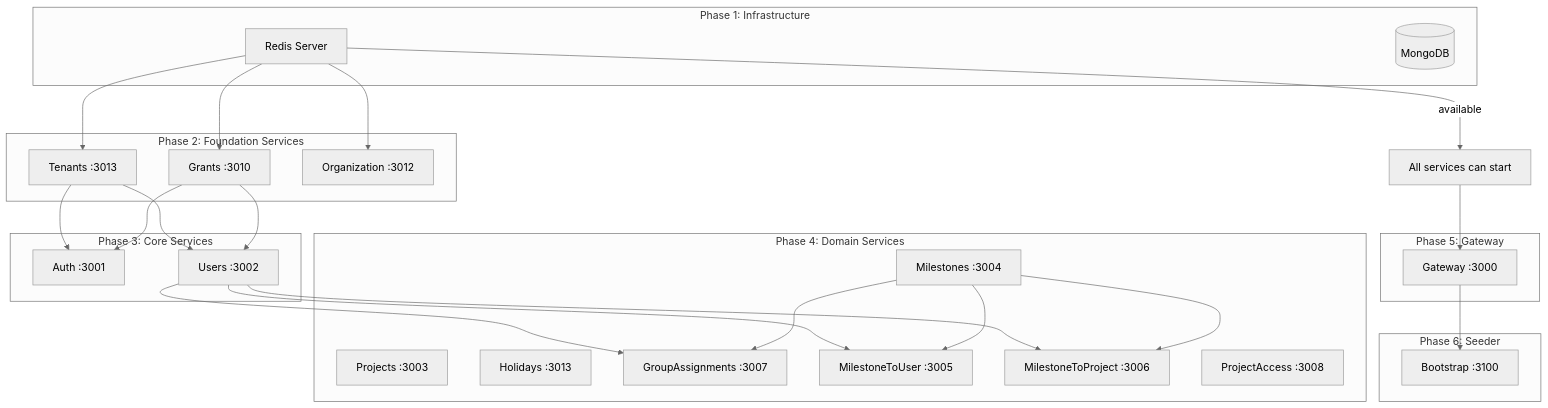
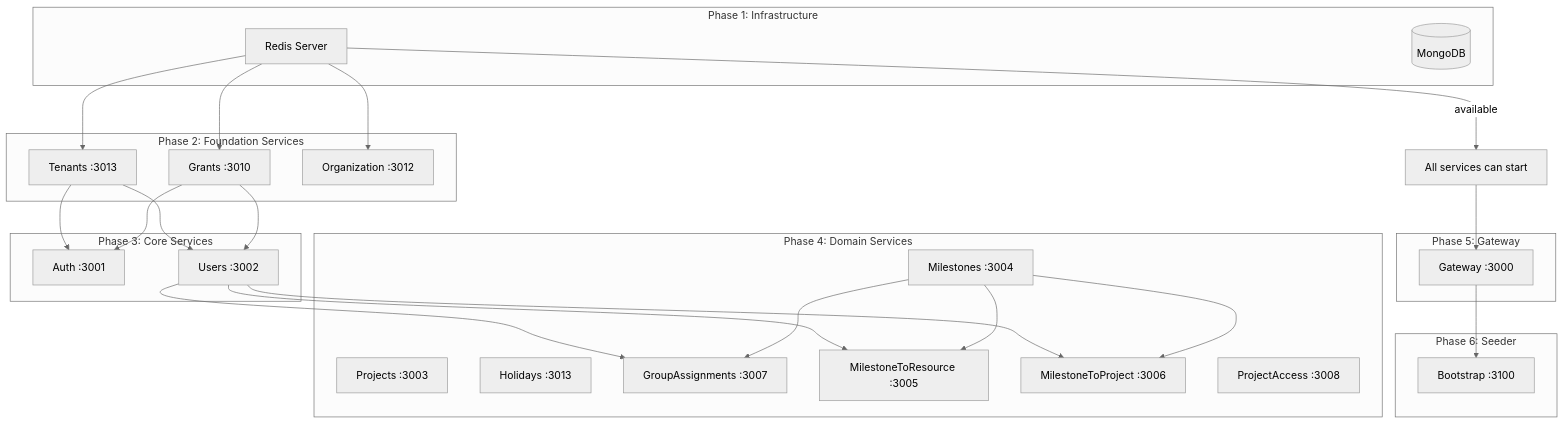
One commit to CucuProject/cucu-docs changed the second of 3 diagrams in docs/architecture/startup.md. Above: the diagram before and after it, drawn with Mermaid (neutral theme). The commit also changed 31 other files, not shown here.

````diff
--- a/docs/architecture/startup.md
+++ b/docs/architecture/startup.md
@@ -97,44 +97,44 @@
 ```mermaid
 flowchart TD
     REDIS[Redis Server] --> |available| ALL[All services can start]
     
     subgraph "Phase 1: Infrastructure"
         REDIS
         MONGODB[(MongoDB)]
     end
     
     subgraph "Phase 2: Foundation Services"
         TENANTS[Tenants :3013]
         GRANTS[Grants :3010]
         ORG[Organization :3012]
     end
     
     subgraph "Phase 3: Core Services"
         AUTH[Auth :3001]
         USERS[Users :3002]
     end
     
     subgraph "Phase 4: Domain Services"
         MILESTONES[Milestones :3004]
         PROJECTS[Projects :3003]
         HOLIDAYS[Holidays :3013]
         GA[GroupAssignments :3007]
-        M2U[MilestoneToUser :3005]
+        MTR[MilestoneToResource :3005]
         M2P[MilestoneToProject :3006]
         PA[ProjectAccess :3008]
     end
     
     subgraph "Phase 5: Gateway"
         GW[Gateway :3000]
     end
     
     subgraph "Phase 6: Seeder"
         BOOTSTRAP[Bootstrap :3100]
     end
     
     REDIS --> TENANTS & GRANTS & ORG
     TENANTS & GRANTS --> AUTH & USERS
-    USERS & MILESTONES --> M2U & M2P & GA
+    USERS & MILESTONES --> MTR & M2P & GA
     ALL --> GW
     GW --> BOOTSTRAP
 ```
````
